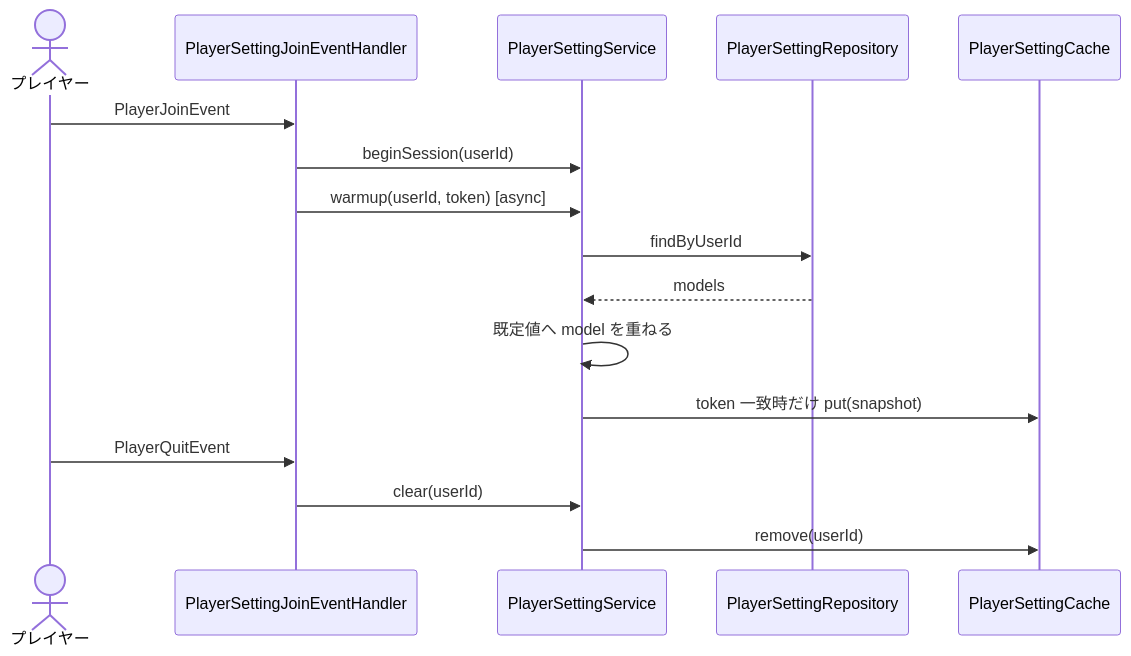
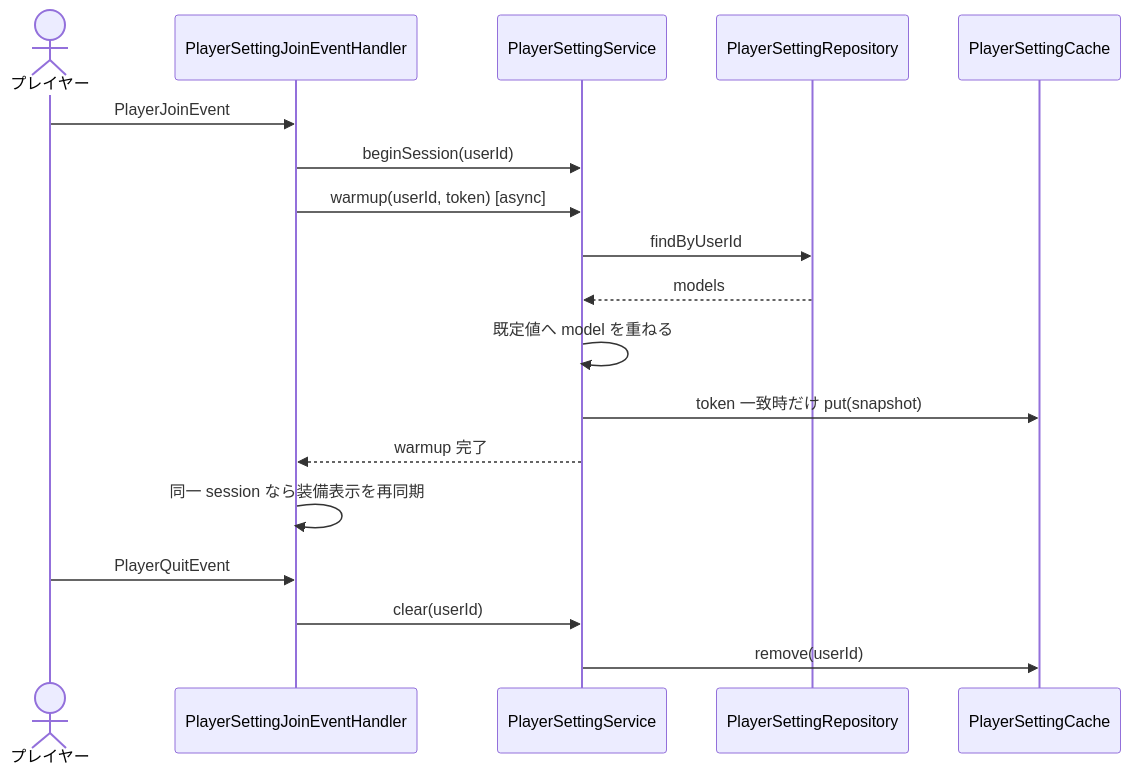
The first of 3 diagrams in 00_docs/10_Plugin設計書/feature/11-player-setting/11_4-統合フロー.md (maaasu/AstralRecord-Workspace), drawn with Mermaid before and after one commit. The commit also changed other lines of this file and 21 other files, not shown here.

````diff
--- a/00_docs/10_Plugin設計書/feature/11-player-setting/11_4-統合フロー.md
+++ b/00_docs/10_Plugin設計書/feature/11-player-setting/11_4-統合フロー.md
@@ -7,19 +7,21 @@
 ```mermaid
 sequenceDiagram
     actor Player as プレイヤー
     participant Event as PlayerSettingJoinEventHandler
     participant Service as PlayerSettingService
     participant Repo as PlayerSettingRepository
     participant Cache as PlayerSettingCache
 
     Player->>Event: PlayerJoinEvent
     Event->>Service: beginSession(userId)
     Event->>Service: warmup(userId, token) [async]
     Service->>Repo: findByUserId
     Repo-->>Service: models
     Service->>Service: 既定値へ model を重ねる
     Service->>Cache: token 一致時だけ put(snapshot)
+    Service-->>Event: warmup 完了
+    Event->>Event: 同一 session なら装備表示を再同期
     Player->>Event: PlayerQuitEvent
     Event->>Service: clear(userId)
     Service->>Cache: remove(userId)
 ```
````
